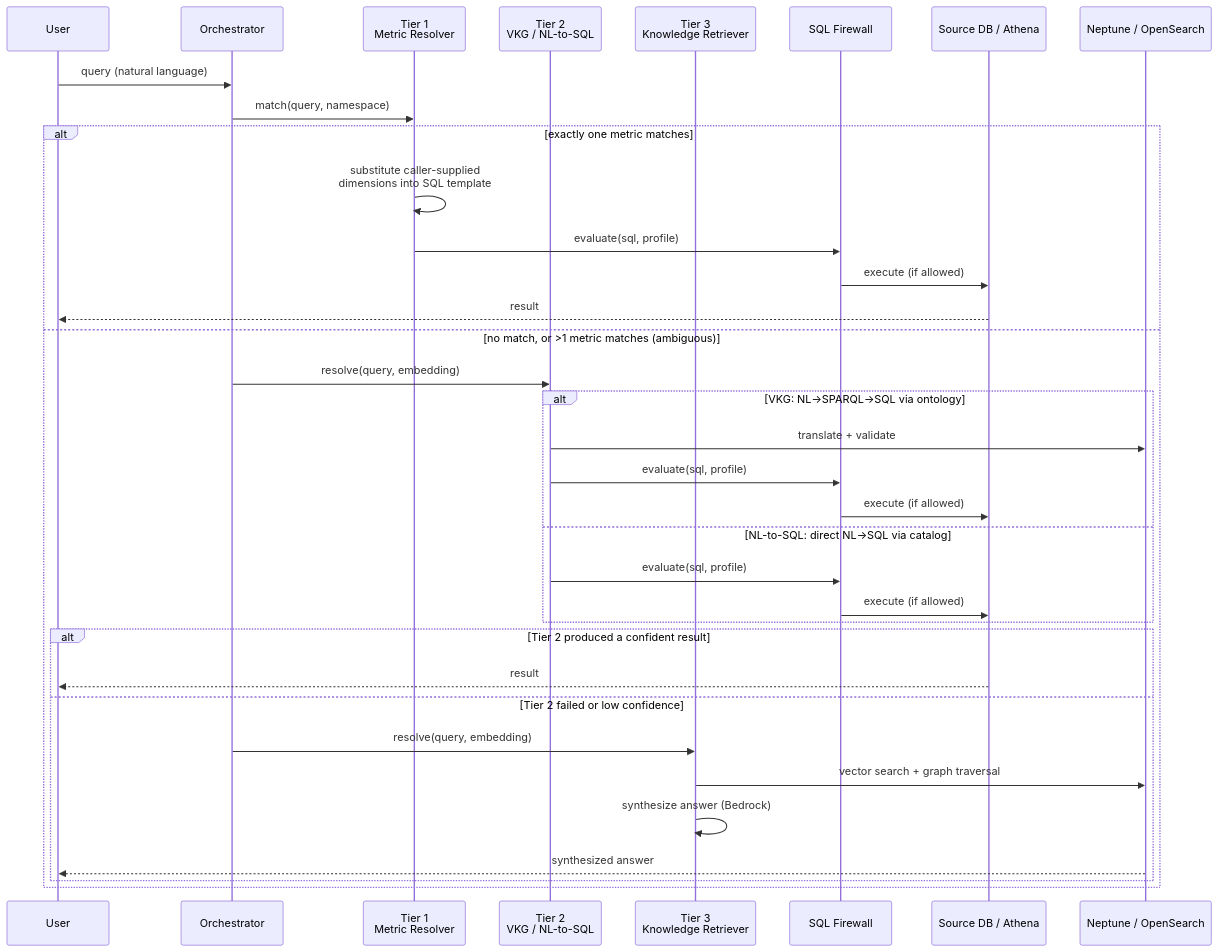
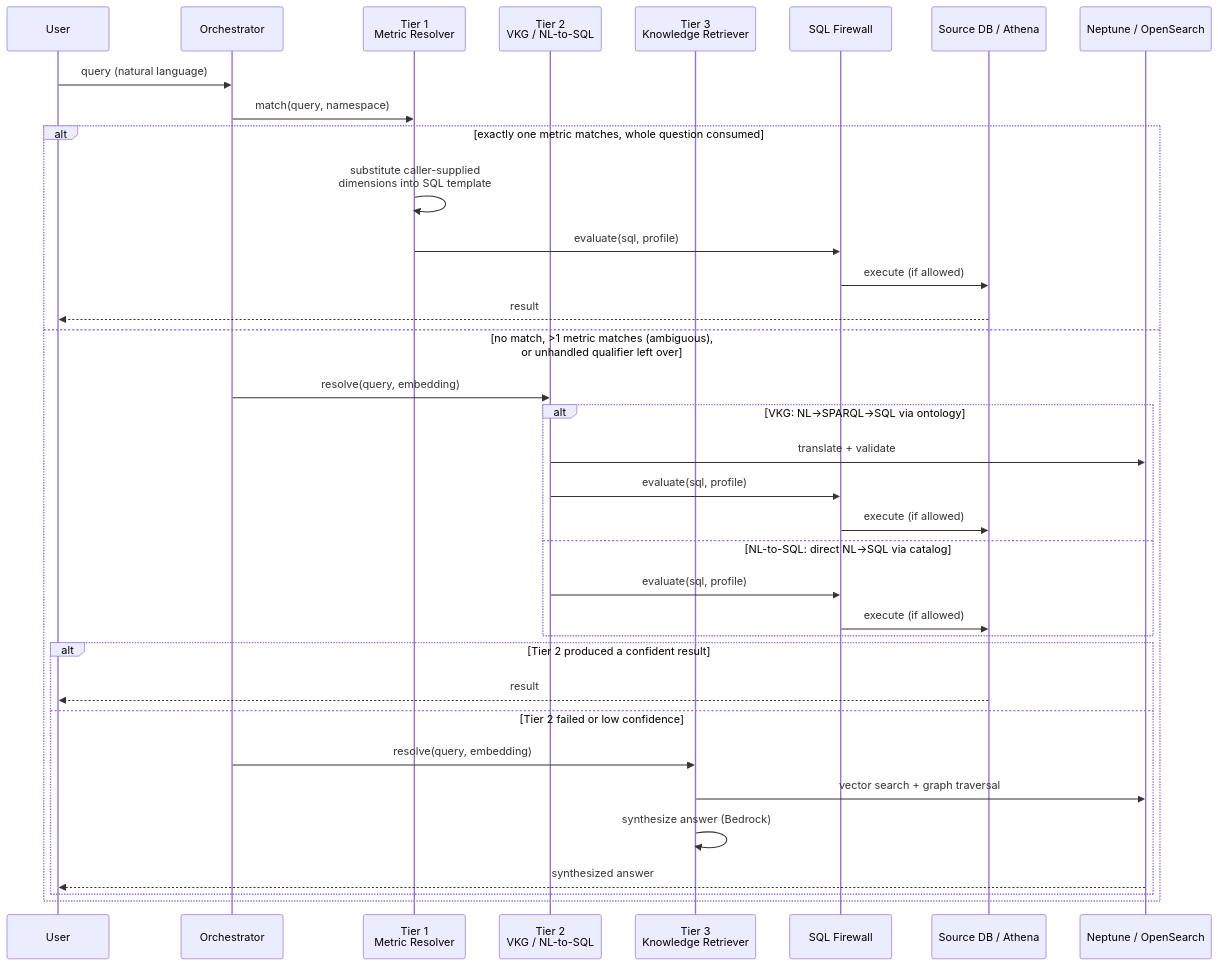
Before and after one commit to avahi-mbarone/context-ontology-accelerator: the diagram in external-docs/content/serve.md, drawn with Mermaid. The commit also changed other lines of this file and 9 other files, not shown here.

````diff
--- a/external-docs/content/serve.md
+++ b/external-docs/content/serve.md
@@ -56,38 +56,38 @@
 ```mermaid
 sequenceDiagram
     participant User
     participant Orch as Orchestrator
     participant T1 as Tier 1<br/>Metric Resolver
     participant T2 as Tier 2<br/>VKG / NL-to-SQL
     participant T3 as Tier 3<br/>Knowledge Retriever
     participant FW as SQL Firewall
     participant DB as Source DB / Athena
     participant KG as Neptune / OpenSearch
 
     User->>Orch: query (natural language)
     Orch->>T1: match(query, namespace)
-    alt exactly one metric matches
+    alt exactly one metric matches, whole question consumed
         T1->>T1: substitute caller-supplied<br/>dimensions into SQL template
         T1->>FW: evaluate(sql, profile)
         FW->>DB: execute (if allowed)
         DB-->>User: result
-    else no match, or >1 metric matches (ambiguous)
+    else no match, >1 metric matches (ambiguous),<br/>or unhandled qualifier left over
         Orch->>T2: resolve(query, embedding)
         alt VKG: NL→SPARQL→SQL via ontology
             T2->>KG: translate + validate
             T2->>FW: evaluate(sql, profile)
             FW->>DB: execute (if allowed)
         else NL-to-SQL: direct NL→SQL via catalog
             T2->>FW: evaluate(sql, profile)
             FW->>DB: execute (if allowed)
         end
         alt Tier 2 produced a confident result
             DB-->>User: result
         else Tier 2 failed or low confidence
             Orch->>T3: resolve(query, embedding)
             T3->>KG: vector search + graph traversal
             T3->>T3: synthesize answer (Bedrock)
             KG-->>User: synthesized answer
         end
     end
 ```
````
